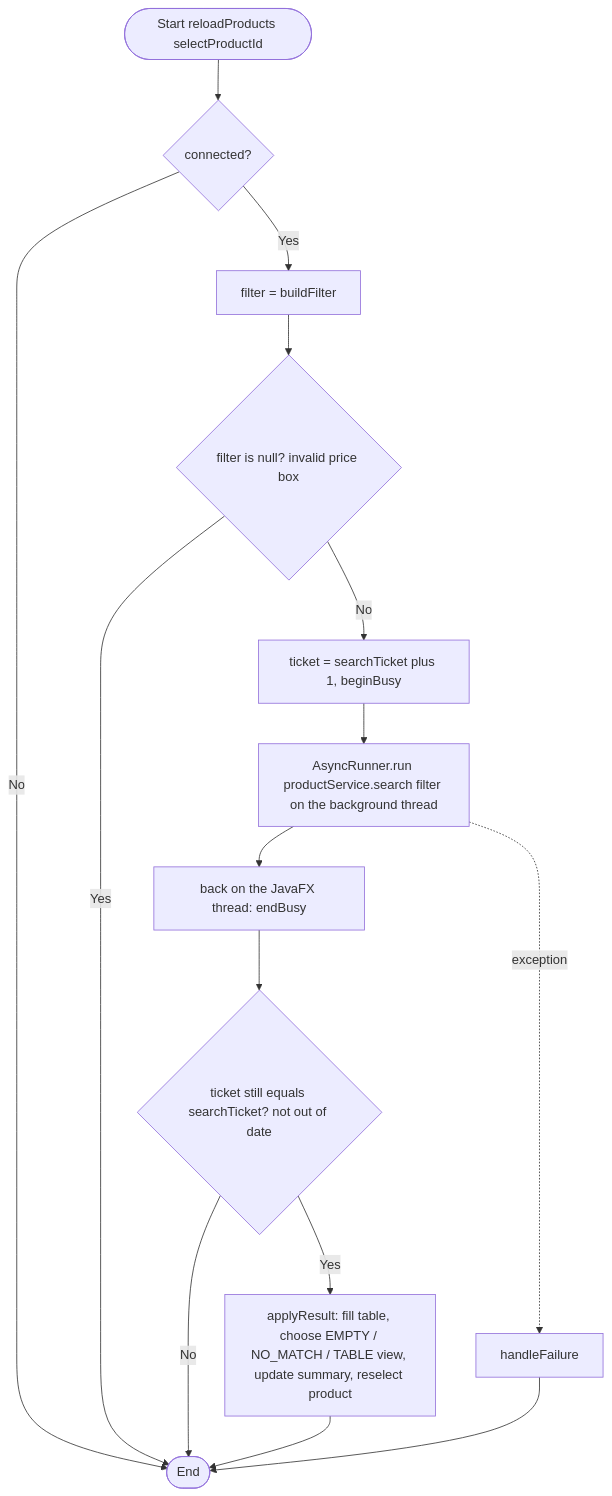
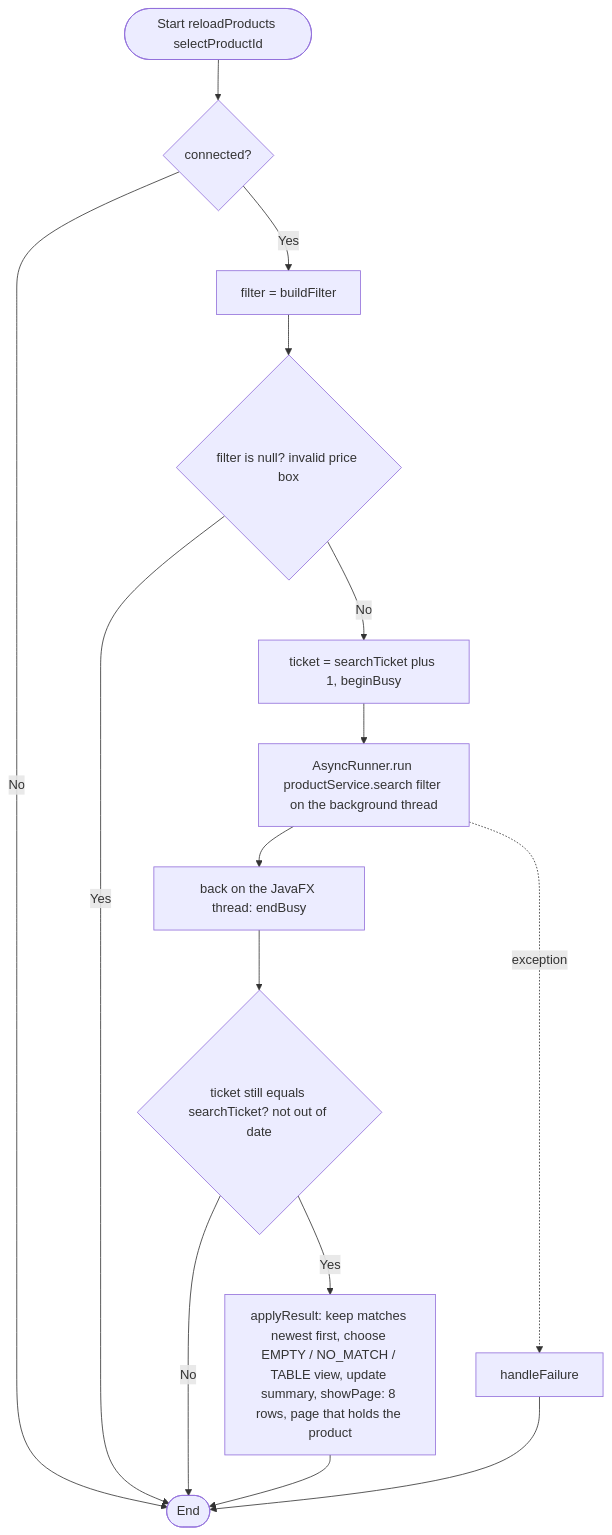
One commit to sfarshadchoudhury-dot/NC1605-Marketplace changed diagram 24 of 29 in components/products/docs/04-diagrams.md. Above: the diagram before and after it, drawn with Mermaid. The commit also changed other lines of this file and 3 other files, not shown here.

Commit message:
Update the README, test plan and diagrams for the new screens

````diff
--- a/components/products/docs/04-diagrams.md
+++ b/components/products/docs/04-diagrams.md
@@ -680,17 +684,17 @@
 ```mermaid
 flowchart TD
     A([Start reloadProducts selectProductId]) --> B{"connected?"}
     B -- No --> Z([End])
     B -- Yes --> C["filter = buildFilter"]
     C --> D{"filter is null? invalid price box"}
     D -- Yes --> Z
     D -- No --> E["ticket = searchTicket plus 1, beginBusy"]
     E --> F["AsyncRunner.run productService.search filter on the background thread"]
     F --> G["back on the JavaFX thread: endBusy"]
     G --> H{"ticket still equals searchTicket? not out of date"}
     H -- No --> Z
-    H -- Yes --> I["applyResult: fill table, choose EMPTY / NO_MATCH / TABLE view, update summary, reselect product"]
+    H -- Yes --> I["applyResult: keep matches newest first, choose EMPTY / NO_MATCH / TABLE view, update summary, showPage: 8 rows, page that holds the product"]
     F -. exception .-> J["handleFailure"]
     I --> Z
     J --> Z
 ```
````
